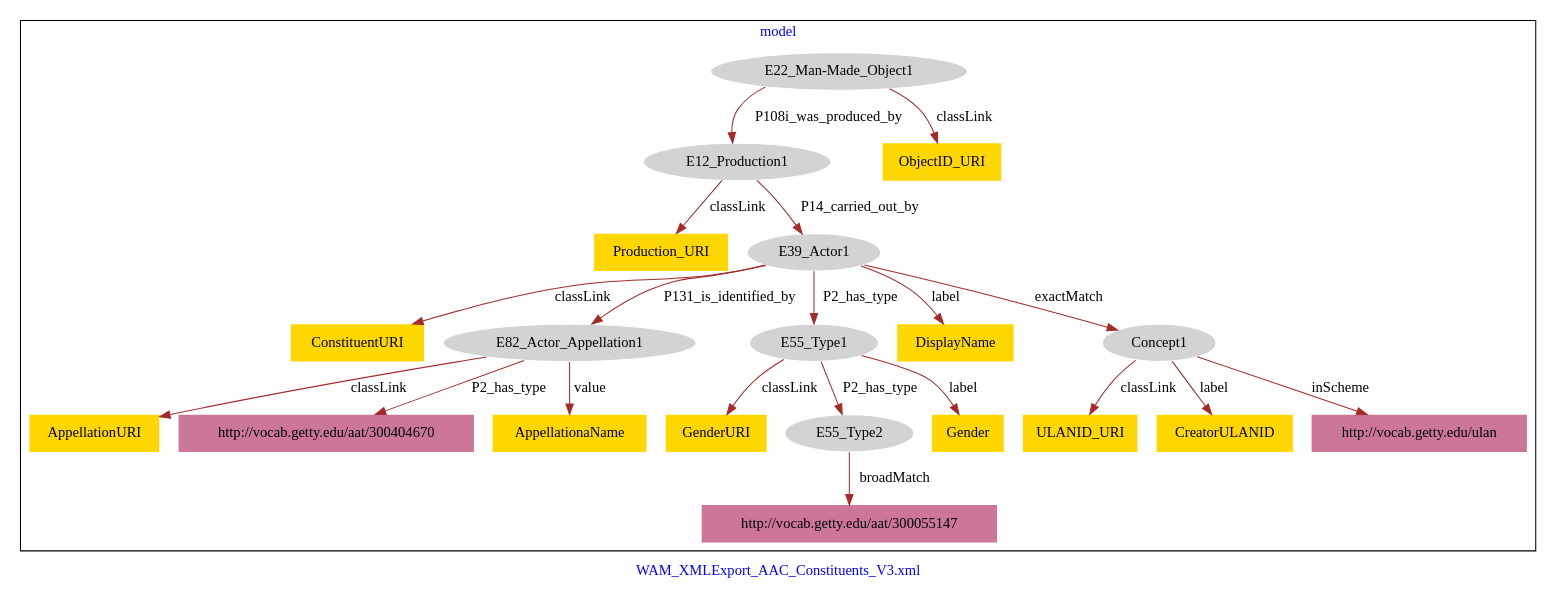
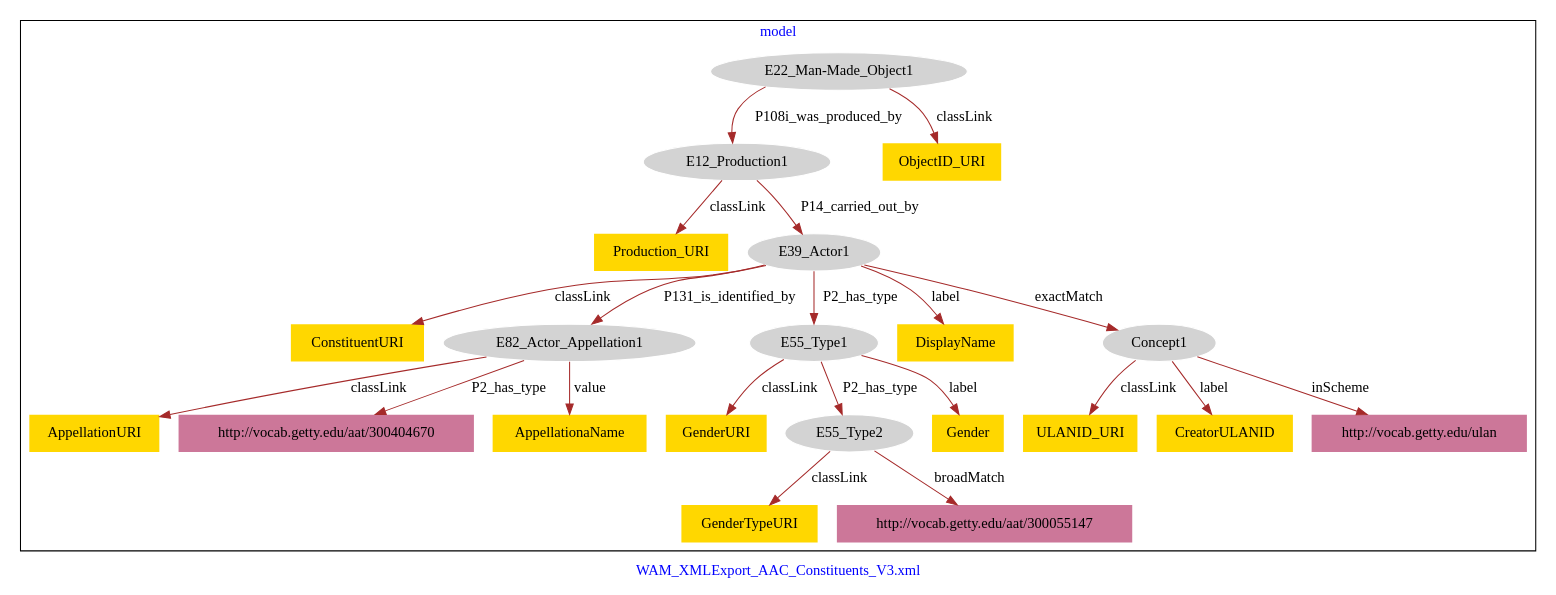
Before and after one commit to american-art/wam: the diagram in WAM_AAC_Constituents/WAM_AAC_Individual_PlaceofBirth-model.dot, drawn with Graphviz.

Commit message:
Update file WAM_AAC_Individual_PlaceofBirth-model.dot

```diff
--- a/WAM_AAC_Constituents/WAM_AAC_Individual_PlaceofBirth-model.dot
+++ b/WAM_AAC_Constituents/WAM_AAC_Individual_PlaceofBirth-model.dot
@@ -1,47 +1,49 @@
 digraph n0 {
 fontcolor="blue"
 remincross="true"
 label="WAM_XMLExport_AAC_Constituents_V3.xml"
 subgraph cluster {
 label="model"
 n2[style="filled",color="white",fillcolor="lightgray",label="E12_Production1"];
 n3[shape="plaintext",style="filled",fillcolor="gold",label="Production_URI"];
 n4[style="filled",color="white",fillcolor="lightgray",label="E39_Actor1"];
 n5[style="filled",color="white",fillcolor="lightgray",label="E22_Man-Made_Object1"];
 n6[shape="plaintext",style="filled",fillcolor="gold",label="ObjectID_URI"];
 n7[shape="plaintext",style="filled",fillcolor="gold",label="ConstituentURI"];
 n8[style="filled",color="white",fillcolor="lightgray",label="E82_Actor_Appellation1"];
 n9[style="filled",color="white",fillcolor="lightgray",label="E55_Type1"];
 n10[shape="plaintext",style="filled",fillcolor="gold",label="DisplayName"];
 n11[style="filled",color="white",fillcolor="lightgray",label="Concept1"];
 n12[shape="plaintext",style="filled",fillcolor="gold",label="GenderURI"];
 n13[style="filled",color="white",fillcolor="lightgray",label="E55_Type2"];
 n14[shape="plaintext",style="filled",fillcolor="gold",label="Gender"];
-n15[shape="plaintext",style="filled",fillcolor="#CC7799",label="http://vocab.getty.edu/aat/300055147"];
-n16[shape="plaintext",style="filled",fillcolor="gold",label="AppellationURI"];
-n17[shape="plaintext",style="filled",fillcolor="#CC7799",label="http://vocab.getty.edu/aat/300404670"];
-n18[shape="plaintext",style="filled",fillcolor="gold",label="AppellationaName"];
-n19[shape="plaintext",style="filled",fillcolor="gold",label="ULANID_URI"];
-n20[shape="plaintext",style="filled",fillcolor="gold",label="CreatorULANID"];
-n21[shape="plaintext",style="filled",fillcolor="#CC7799",label="http://vocab.getty.edu/ulan"];
+n15[shape="plaintext",style="filled",fillcolor="gold",label="GenderTypeURI"];
+n16[shape="plaintext",style="filled",fillcolor="#CC7799",label="http://vocab.getty.edu/aat/300055147"];
+n17[shape="plaintext",style="filled",fillcolor="gold",label="AppellationURI"];
+n18[shape="plaintext",style="filled",fillcolor="#CC7799",label="http://vocab.getty.edu/aat/300404670"];
+n19[shape="plaintext",style="filled",fillcolor="gold",label="AppellationaName"];
+n20[shape="plaintext",style="filled",fillcolor="gold",label="ULANID_URI"];
+n21[shape="plaintext",style="filled",fillcolor="gold",label="CreatorULANID"];
+n22[shape="plaintext",style="filled",fillcolor="#CC7799",label="http://vocab.getty.edu/ulan"];
 }
 n2 -> n3[color="brown",fontcolor="black",label="classLink"]
 n2 -> n4[color="brown",fontcolor="black",label="P14_carried_out_by"]
 n5 -> n6[color="brown",fontcolor="black",label="classLink"]
 n5 -> n2[color="brown",fontcolor="black",label="P108i_was_produced_by"]
 n4 -> n7[color="brown",fontcolor="black",label="classLink"]
 n4 -> n8[color="brown",fontcolor="black",label="P131_is_identified_by"]
 n4 -> n9[color="brown",fontcolor="black",label="P2_has_type"]
 n4 -> n10[color="brown",fontcolor="black",label="label"]
 n4 -> n11[color="brown",fontcolor="black",label="exactMatch"]
 n9 -> n12[color="brown",fontcolor="black",label="classLink"]
 n9 -> n13[color="brown",fontcolor="black",label="P2_has_type"]
 n9 -> n14[color="brown",fontcolor="black",label="label"]
-n13 -> n15[color="brown",fontcolor="black",label="broadMatch"]
-n8 -> n16[color="brown",fontcolor="black",label="classLink"]
-n8 -> n17[color="brown",fontcolor="black",label="P2_has_type"]
-n8 -> n18[color="brown",fontcolor="black",label="value"]
-n11 -> n19[color="brown",fontcolor="black",label="classLink"]
-n11 -> n20[color="brown",fontcolor="black",label="label"]
-n11 -> n21[color="brown",fontcolor="black",label="inScheme"]
+n13 -> n15[color="brown",fontcolor="black",label="classLink"]
+n13 -> n16[color="brown",fontcolor="black",label="broadMatch"]
+n8 -> n17[color="brown",fontcolor="black",label="classLink"]
+n8 -> n18[color="brown",fontcolor="black",label="P2_has_type"]
+n8 -> n19[color="brown",fontcolor="black",label="value"]
+n11 -> n20[color="brown",fontcolor="black",label="classLink"]
+n11 -> n21[color="brown",fontcolor="black",label="label"]
+n11 -> n22[color="brown",fontcolor="black",label="inScheme"]
 }
```
